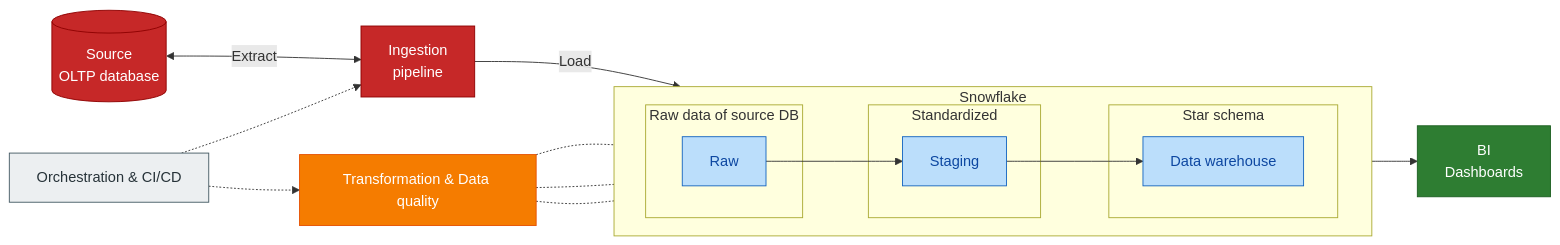
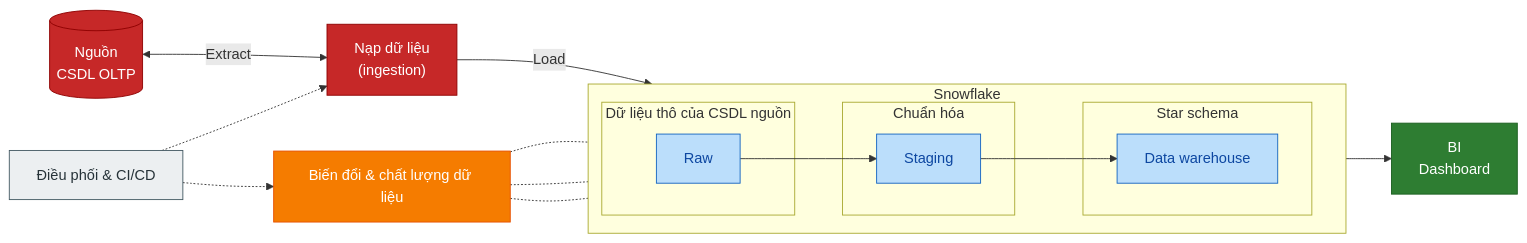
The first of 2 diagrams in README.md (whtbl3/retail-pulse), drawn with Mermaid before and after one commit. The commit also changed other lines of this file and 23 other files, not shown here.

````diff
--- a/README.md
+++ b/README.md
@@ -22,46 +38,46 @@
 ```mermaid
 flowchart LR
-  SRC[("Source<br/>OLTP database")]
-  ING["Ingestion<br/>pipeline"]
+  SRC[("Nguồn<br/>CSDL OLTP")]
+  ING["Nạp dữ liệu<br/>(ingestion)"]
 
   SRC <-->|"Extract"| ING
   ING -->|"Load"| RAW
 
   subgraph DWH["Snowflake"]
     direction LR
-    subgraph L1["Raw data of source DB"]
+    subgraph L1["Dữ liệu thô của CSDL nguồn"]
       RAW["Raw"]
     end
-    subgraph L2["Standardized"]
+    subgraph L2["Chuẩn hóa"]
       STG["Staging"]
     end
     subgraph L3["Star schema"]
       MART["Data warehouse"]
     end
     RAW --> STG --> MART
   end
 
-  BI["BI<br/>Dashboards"]
+  BI["BI<br/>Dashboard"]
   MART --> BI
 
-  TRF["Transformation & Data quality"]
+  TRF["Biến đổi & chất lượng dữ liệu"]
   TRF -.- RAW
   TRF -.- STG
   TRF -.- MART
 
-  ORC["Orchestration & CI/CD"]
+  ORC["Điều phối & CI/CD"]
   ORC -.-> ING
   ORC -.-> TRF
 
   classDef src fill:#C62828,stroke:#8E0000,color:#FFFFFF
   classDef layer fill:#BBDEFB,stroke:#1565C0,color:#0D47A1
   classDef tool fill:#F57C00,stroke:#E65100,color:#FFFFFF
   classDef bi fill:#2E7D32,stroke:#1B5E20,color:#FFFFFF
   classDef ops fill:#ECEFF1,stroke:#455A64,color:#263238
 
   class SRC,ING src
   class RAW,STG,MART layer
   class TRF tool
   class BI bi
   class ORC ops
 ```
````
